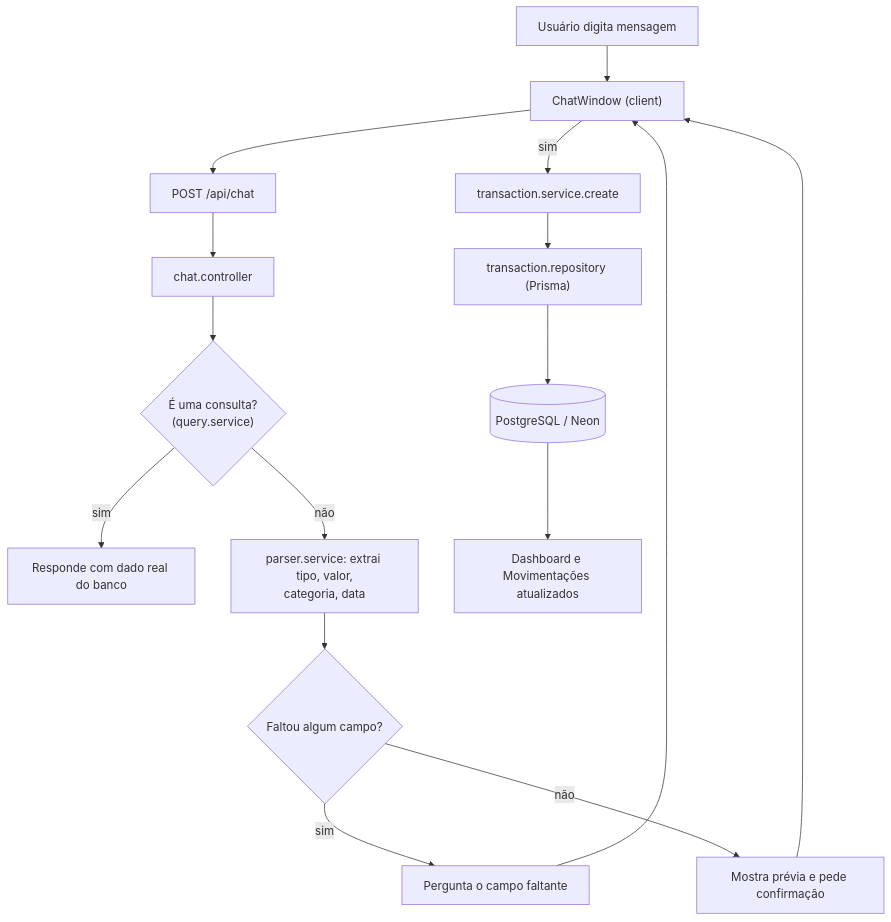
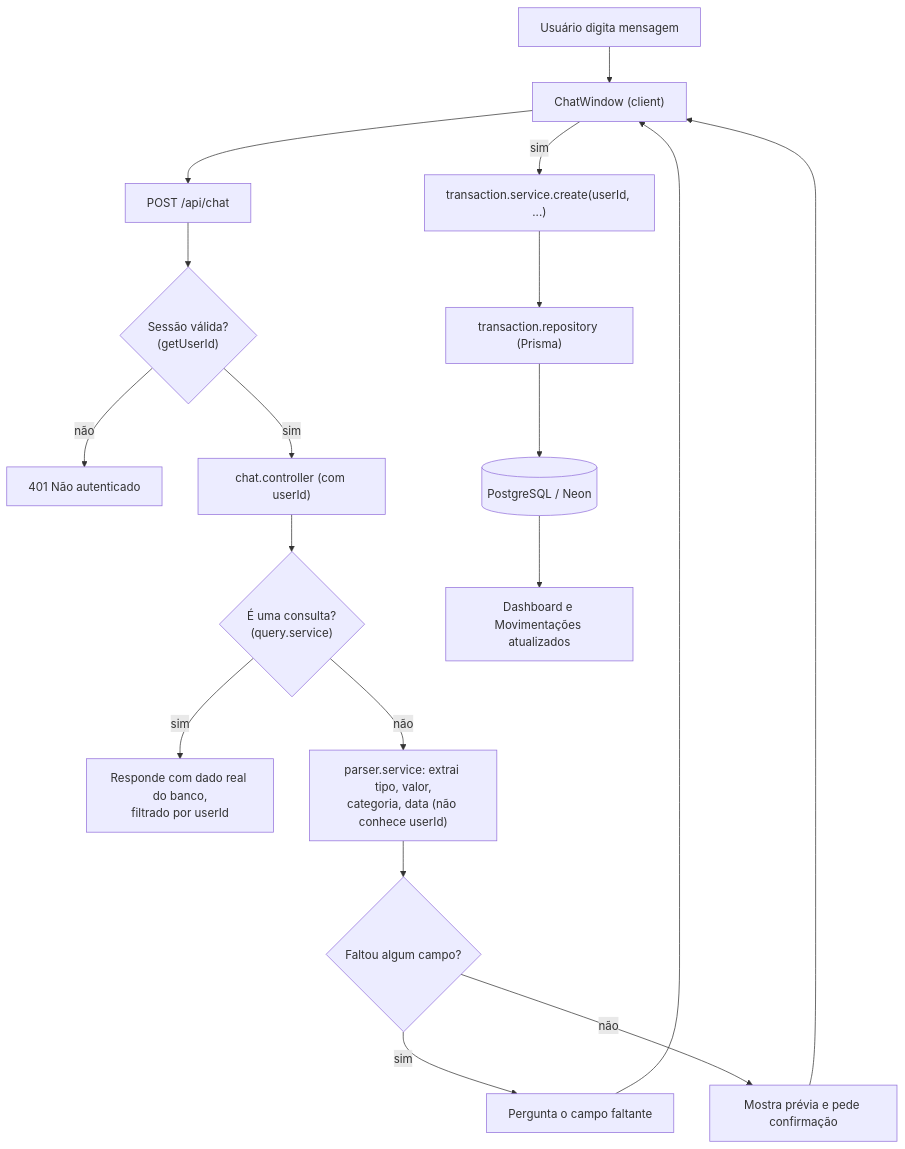
One commit to Xavier-sa/aprendizado changed the second of 3 diagrams in bot_wasxtech_finance/docs/uml.md. Above: the diagram before and after it, drawn with Mermaid. The commit also changed other lines of this file and 47 other files, not shown here.

Commit message:
feat: add multi-user auth, data isolation, and public landing to FinanceBot

````diff
--- a/bot_wasxtech_finance/docs/uml.md
+++ b/bot_wasxtech_finance/docs/uml.md
@@ -44,18 +60,20 @@
 ```mermaid
 flowchart TD
     A[Usuário digita mensagem] --> B["ChatWindow (client)"]
     B --> C["POST /api/chat"]
-    C --> D["chat.controller"]
+    C --> S{"Sessão válida?\n(getUserId)"}
+    S -- não --> S1[401 Não autenticado]
+    S -- sim --> D["chat.controller (com userId)"]
     D --> E{"É uma consulta?\n(query.service)"}
-    E -- sim --> F[Responde com dado real do banco]
-    E -- não --> G["parser.service: extrai tipo, valor,\ncategoria, data"]
+    E -- sim --> F["Responde com dado real do banco,\nfiltrado por userId"]
+    E -- não --> G["parser.service: extrai tipo, valor,\ncategoria, data (não conhece userId)"]
     G --> H{Faltou algum campo?}
     H -- sim --> I[Pergunta o campo faltante]
     I --> B
     H -- não --> J[Mostra prévia e pede confirmação]
     J --> B
-    B -- "sim" --> K["transaction.service.create"]
+    B -- "sim" --> K["transaction.service.create(userId, ...)"]
     K --> L["transaction.repository (Prisma)"]
     L --> M[(PostgreSQL / Neon)]
     M --> N[Dashboard e Movimentações atualizados]
 ```
````
